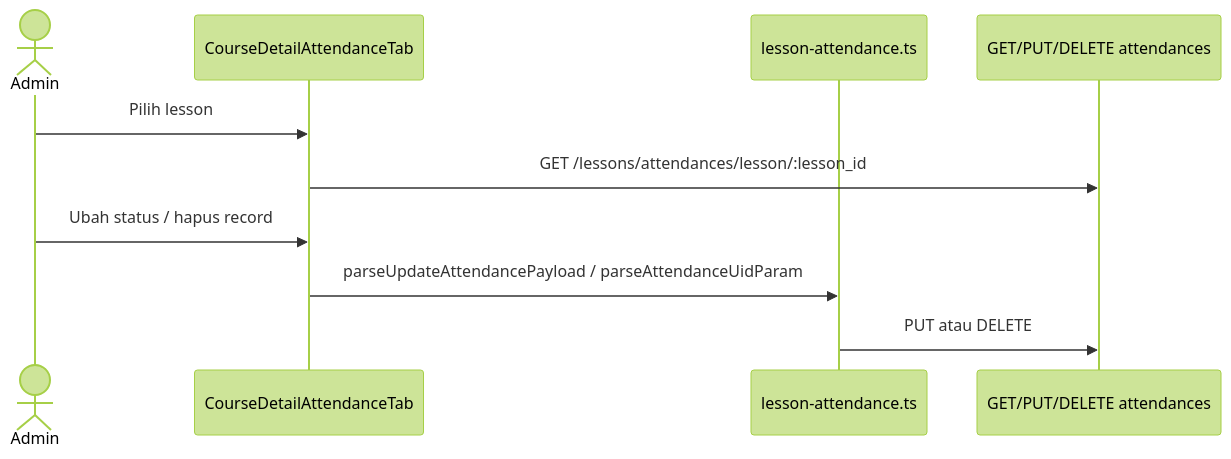
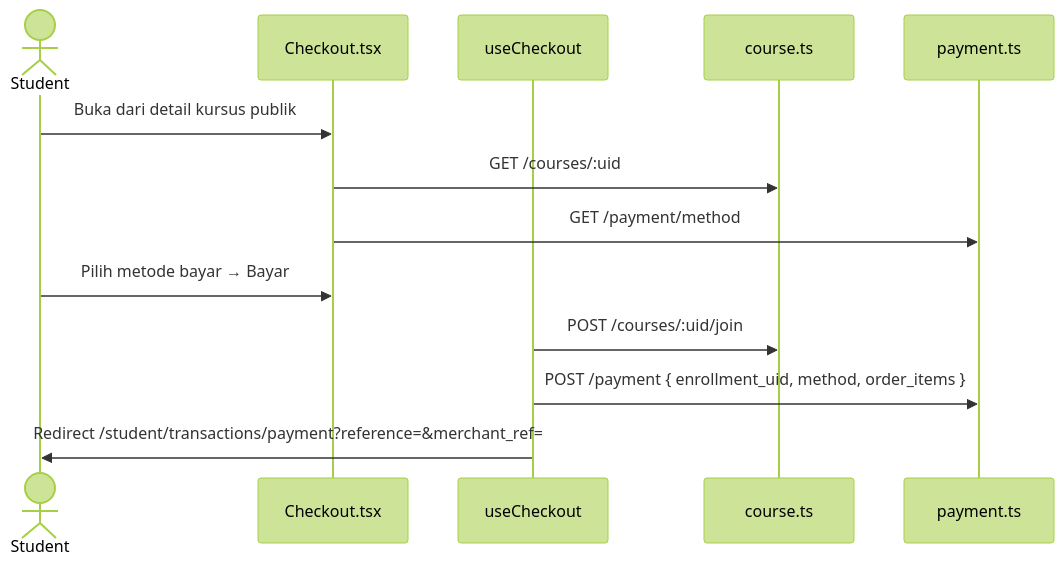
Diagram 14 of 16 in frontend-react/src/docs/progress/workflows.md (Dinus-Open-Source-Community/web-DU), drawn with Mermaid (forest theme) before and after one commit. The commit also changed other lines of this file and 45 other files, not shown here.

````diff
--- a/frontend-react/src/docs/progress/workflows.md
+++ b/frontend-react/src/docs/progress/workflows.md
@@ -380,13 +381,16 @@
 ```mermaid
 sequenceDiagram
-  actor Admin
-  participant Tab as CourseDetailAttendanceTab
-  participant Svc as lesson-attendance.ts
-  participant API as GET/PUT/DELETE attendances
+  actor Student
+  participant Page as Checkout.tsx
+  participant Hook as useCheckout
+  participant Course as course.ts
+  participant Pay as payment.ts
 
-  Admin->>Tab: Pilih lesson
-  Tab->>API: GET /lessons/attendances/lesson/:lesson_id
-  Admin->>Tab: Ubah status / hapus record
-  Tab->>Svc: parseUpdateAttendancePayload / parseAttendanceUidParam
-  Svc->>API: PUT atau DELETE
+  Student->>Page: Buka dari detail kursus publik
+  Page->>Course: GET /courses/:uid
+  Page->>Pay: GET /payment/method
+  Student->>Page: Pilih metode bayar → Bayar
+  Hook->>Course: POST /courses/:uid/join
+  Hook->>Pay: POST /payment { enrollment_uid, method, order_items }
+  Hook->>Student: Redirect /student/transactions/payment?reference=&merchant_ref=
 ```
````
